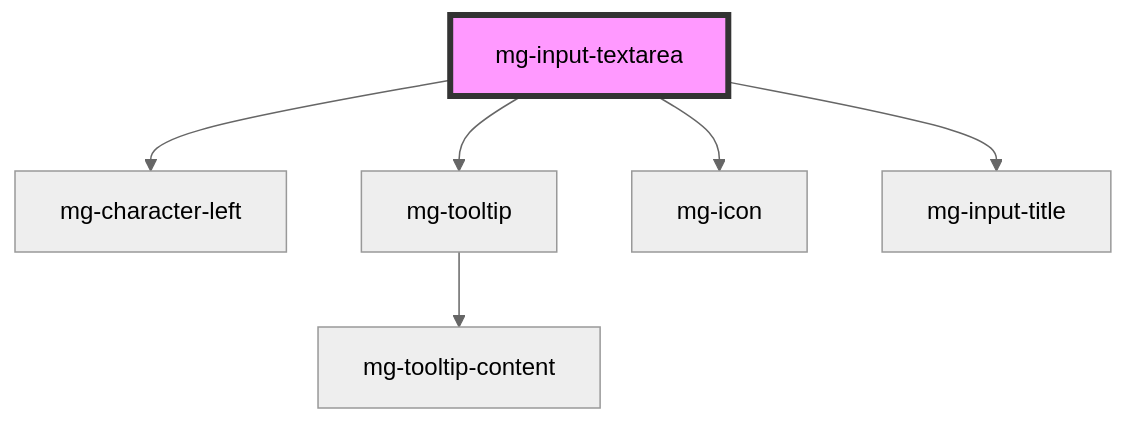
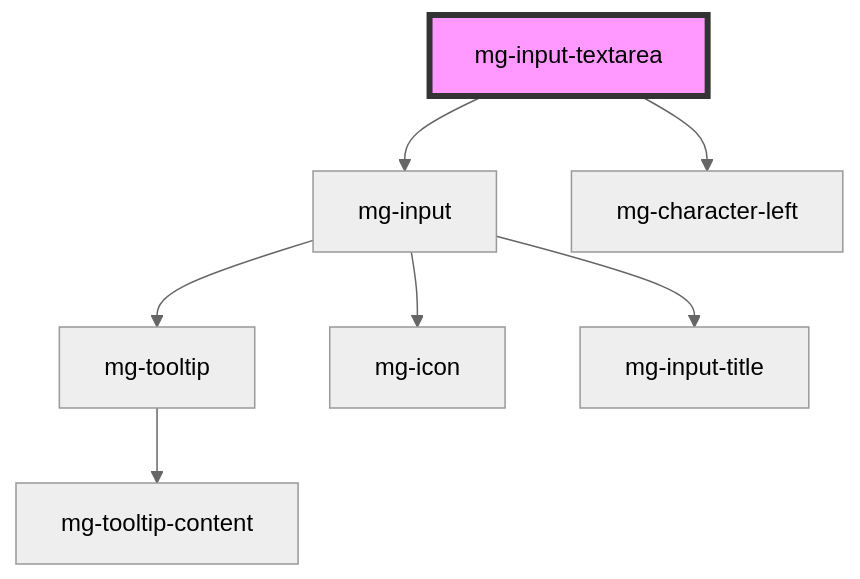
The diagram in packages/mg-components/src/components/molecules/inputs/mg-input-textarea/readme.md (MGDIS/core-ui), drawn with Mermaid (neutral theme) before and after one commit. The commit also changed other lines of this file and 39 other files, not shown here.

````diff
--- a/packages/mg-components/src/components/molecules/inputs/mg-input-textarea/readme.md
+++ b/packages/mg-components/src/components/molecules/inputs/mg-input-textarea/readme.md
@@ -104,9 +102,10 @@
 ```mermaid
 graph TD;
+  mg-input-textarea --> mg-input
   mg-input-textarea --> mg-character-left
-  mg-input-textarea --> mg-tooltip
-  mg-input-textarea --> mg-icon
-  mg-input-textarea --> mg-input-title
+  mg-input --> mg-tooltip
+  mg-input --> mg-icon
+  mg-input --> mg-input-title
   mg-tooltip --> mg-tooltip-content
   style mg-input-textarea fill:#f9f,stroke:#333,stroke-width:4px
 ```
````
